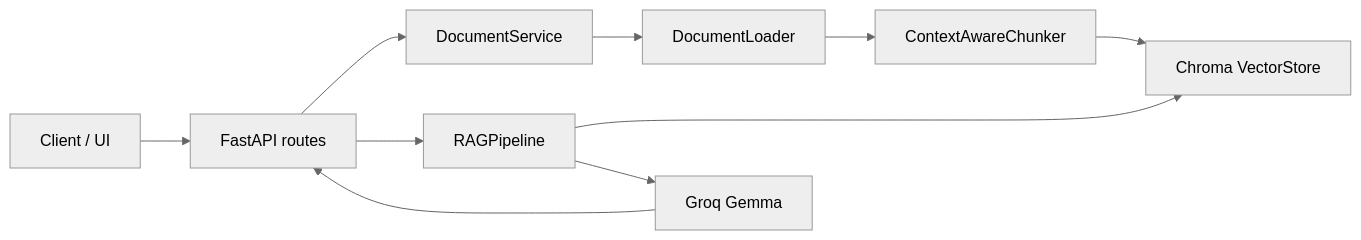
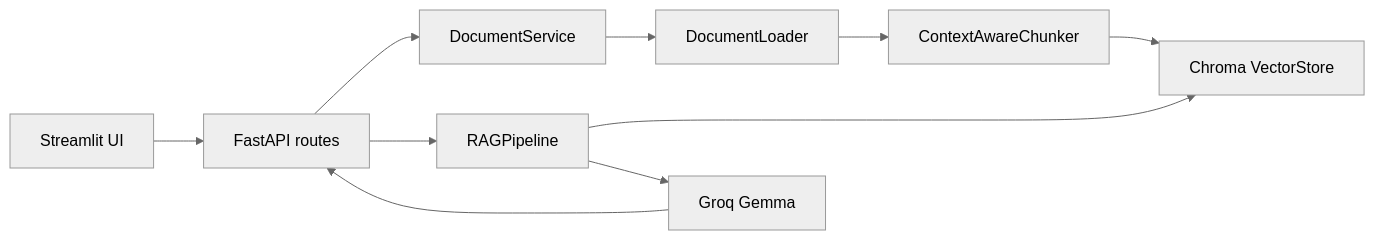
The diagram in docs/ARCHITECTURE.md (Neelanjansarkar/Document_review), drawn with Mermaid (neutral theme) before and after one commit. The commit also changed other lines of this file and 4 other files, not shown here.

````diff
--- a/docs/ARCHITECTURE.md
+++ b/docs/ARCHITECTURE.md
@@ -3,12 +3,12 @@
 ```mermaid
 flowchart LR
-    Client["Client / UI"] --> API["FastAPI routes"]
+    Client["Streamlit UI"] --> API["FastAPI routes"]
     API --> Service["DocumentService"]
     Service --> Loader["DocumentLoader"]
     Loader --> Chunker["ContextAwareChunker"]
     Chunker --> Store["Chroma VectorStore"]
     API --> Pipeline["RAGPipeline"]
     Pipeline --> Store
     Pipeline --> LLM["Groq Gemma"]
     LLM --> API
 ```
````
